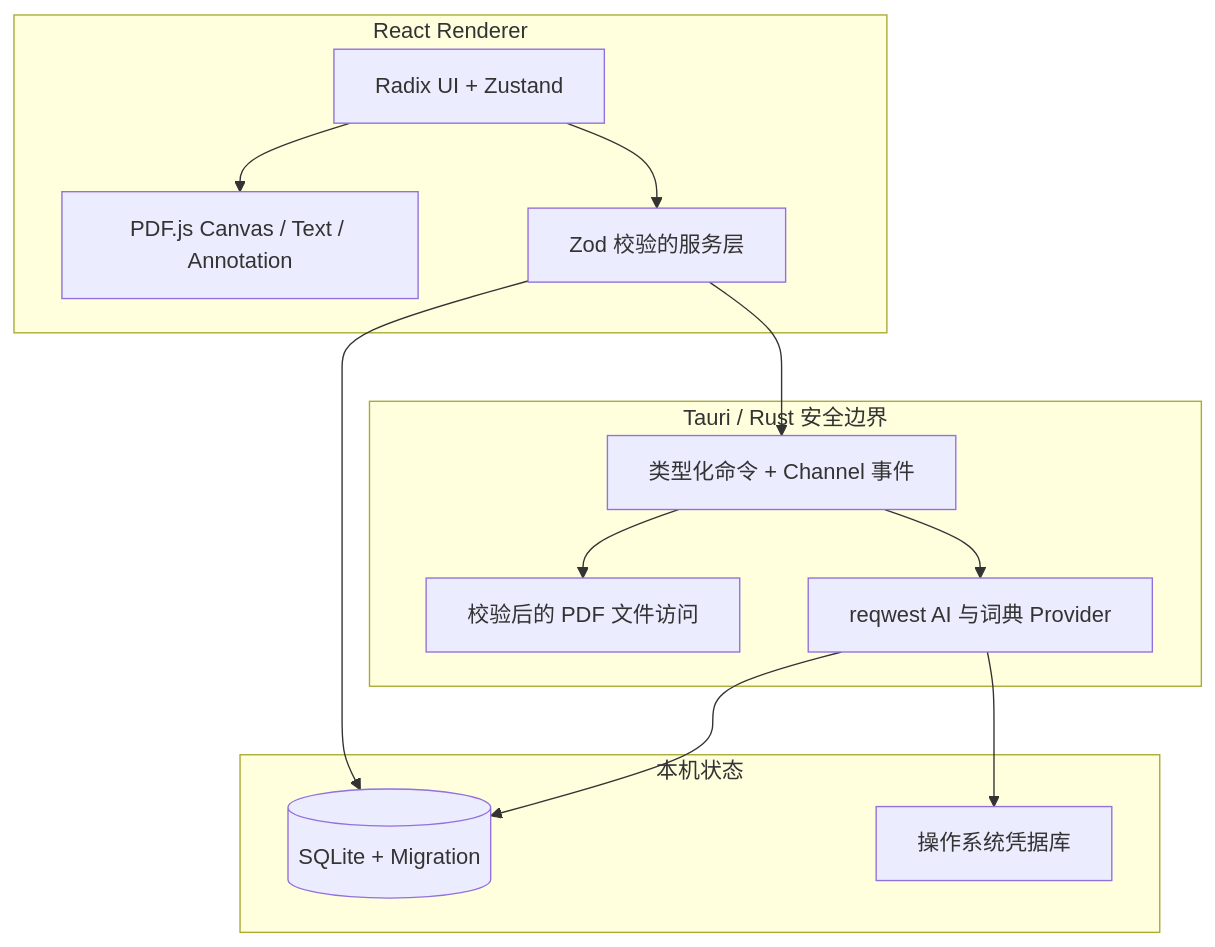
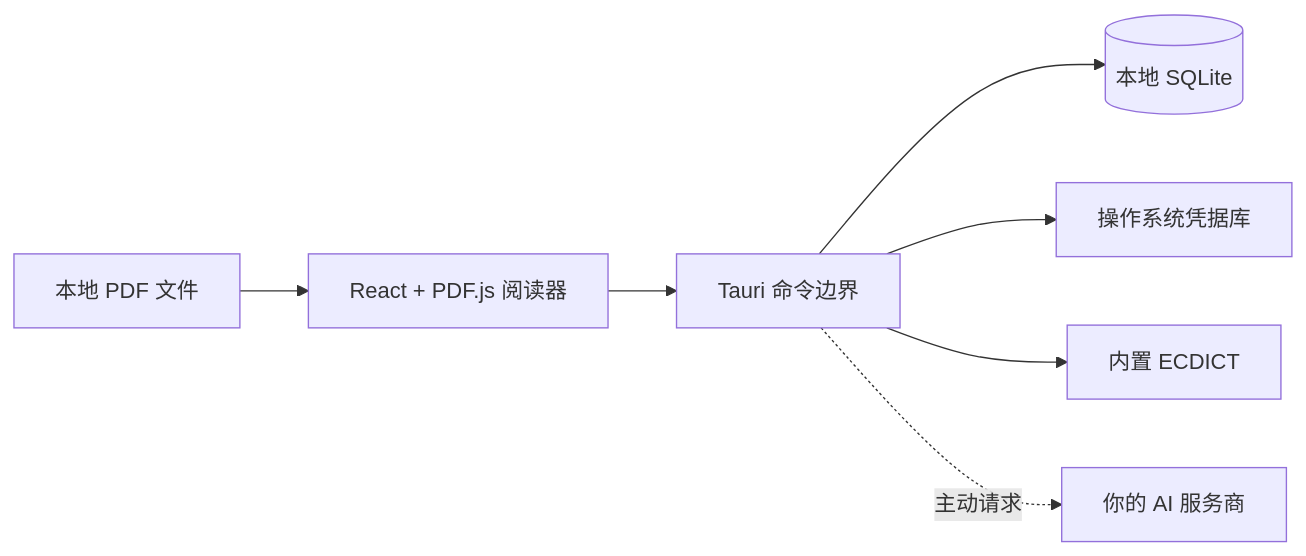
One commit to Yan-Haiyang-Tju/PaperLens changed the diagram in README.zh-CN.md. Above: the diagram before and after it, drawn with Mermaid. The commit also changed other lines of this file and 3 other files, not shown here.

````diff
--- a/README.zh-CN.md
+++ b/README.zh-CN.md
@@ -56,25 +179,9 @@
 ```mermaid
-flowchart TB
-  subgraph Renderer["React Renderer"]
-    UI["Radix UI + Zustand"]
-    PDF["PDF.js Canvas / Text / Annotation"]
-    Client["Zod 校验的服务层"]
-    UI --> PDF
-    UI --> Client
-  end
-  subgraph Native["Tauri / Rust 安全边界"]
-    IPC["类型化命令 + Channel 事件"]
-    Files["校验后的 PDF 文件访问"]
-    AI["reqwest AI 与词典 Provider"]
-    IPC --> Files
-    IPC --> AI
-  end
-  subgraph Local["本机状态"]
-    DB[("SQLite + Migration")]
-    Key["操作系统凭据库"]
-  end
-  Client --> IPC
-  Client --> DB
-  AI --> DB
-  AI --> Key
+flowchart LR
+  PDF["本地 PDF 文件"] --> UI["React + PDF.js 阅读器"]
+  UI --> IPC["Tauri 命令边界"]
+  IPC --> DB[("本地 SQLite")]
+  IPC --> KEY["操作系统凭据库"]
+  IPC --> DICT["内置 ECDICT"]
+  IPC -. "主动请求" .-> AI["你的 AI 服务商"]
 ```
````
